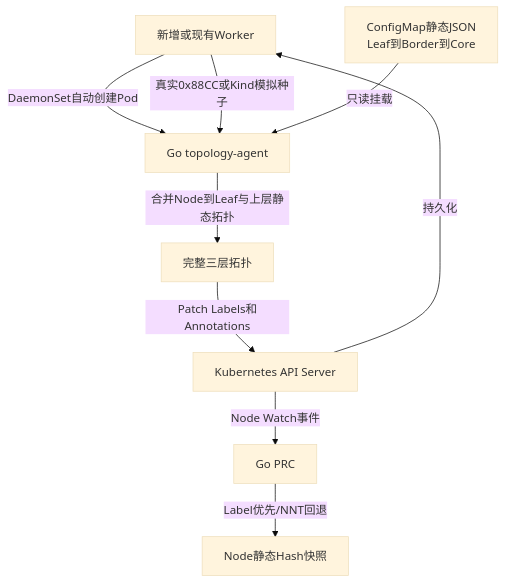
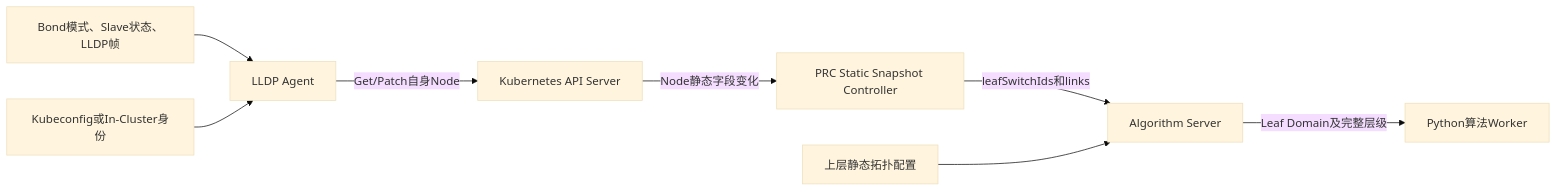
Before and after one commit to ghwdsl-38/ngd-ngg-scheduling: the diagram in docs/Go-LLDP拓扑采集与Node-Label持久化实现说明v2.0.md, drawn with Mermaid (base theme). The commit also changed other lines of this file and 173 other files, not shown here.

````diff
--- a/docs/Go-LLDP拓扑采集与Node-Label持久化实现说明v2.0.md
+++ b/docs/Go-LLDP拓扑采集与Node-Label持久化实现说明v2.0.md
@@ -7,11 +7,10 @@
 ```mermaid
-flowchart TB
-    NODE[新增或现有Worker] -->|DaemonSet自动创建Pod| AGENT[Go topology-agent]
-    NODE -->|真实0x88CC或Kind模拟种子| AGENT
-    STATIC[ConfigMap静态JSON<br/>Leaf到Border到Core] -->|只读挂载| AGENT
-    AGENT -->|合并Node到Leaf与上层静态拓扑| VIEW[完整三层拓扑]
-    VIEW -->|Patch Labels和Annotations| API[Kubernetes API Server]
-    API -->|持久化| NODE
-    API -->|Node Watch事件| PRC[Go PRC]
-    PRC -->|Label优先/NNT回退| SNAPSHOT[Node静态Hash快照]
+flowchart LR
+    NET[Bond模式、Slave状态、LLDP帧] --> AGENT[LLDP Agent]
+    KC[Kubeconfig或In-Cluster身份] --> AGENT
+    AGENT -->|Get/Patch自身Node| API[Kubernetes API Server]
+    API -->|Node静态字段变化| PRC[PRC Static Snapshot Controller]
+    PRC -->|leafSwitchIds和links| ALG[Algorithm Server]
+    CFG[上层静态拓扑配置] --> ALG
+    ALG -->|Leaf Domain及完整层级| WORKER[Python算法Worker]
 ```
````
